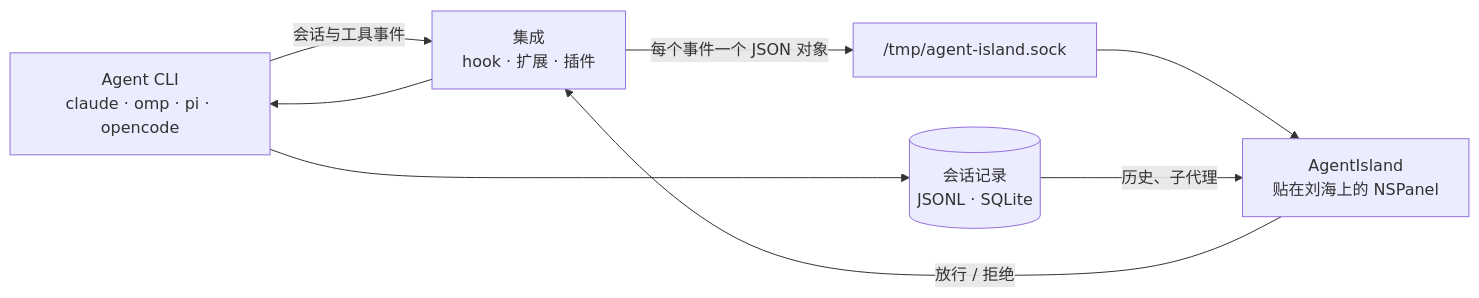
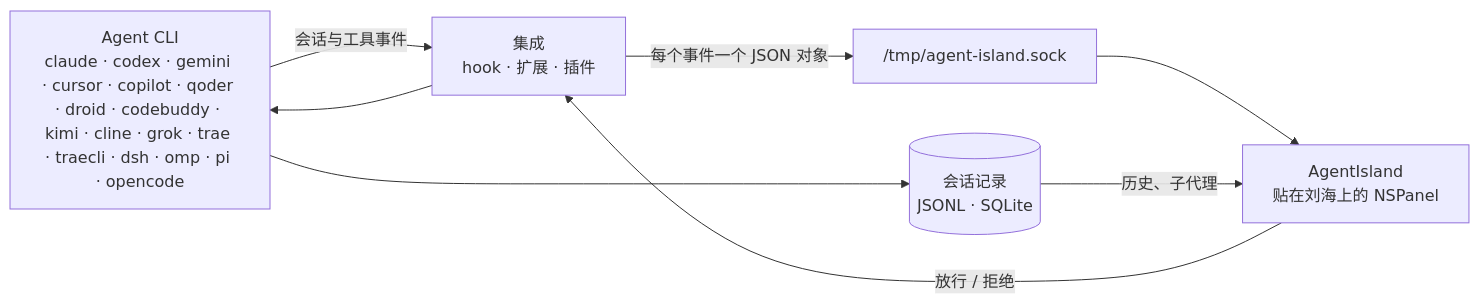
The diagram in README.zh-CN.md (seehar/agent-island), drawn with Mermaid before and after one commit. The commit also changed other lines of this file and 50 other files, not shown here.

````diff
--- a/README.zh-CN.md
+++ b/README.zh-CN.md
@@ -136,16 +155,16 @@
 ```mermaid
 flowchart LR
-  CLI["Agent CLI<br/>claude · omp · pi · opencode"]
+  CLI["Agent CLI<br/>claude · codex · gemini · cursor · copilot · qoder · droid · codebuddy · kimi · cline · grok · trae · traecli · dsh · omp · pi · opencode"]
   INT["集成<br/>hook · 扩展 · 插件"]
   SOCK["/tmp/agent-island.sock"]
   APP["AgentIsland<br/>贴在刘海上的 NSPanel"]
   REC[("会话记录<br/>JSONL · SQLite")]
 
   CLI -- "会话与工具事件" --> INT
   INT -- "每个事件一个 JSON 对象" --> SOCK
   SOCK --> APP
   CLI --> REC
   REC -- "历史、子代理" --> APP
   APP -- "放行 / 拒绝" --> INT
   INT --> CLI
 ```
````
